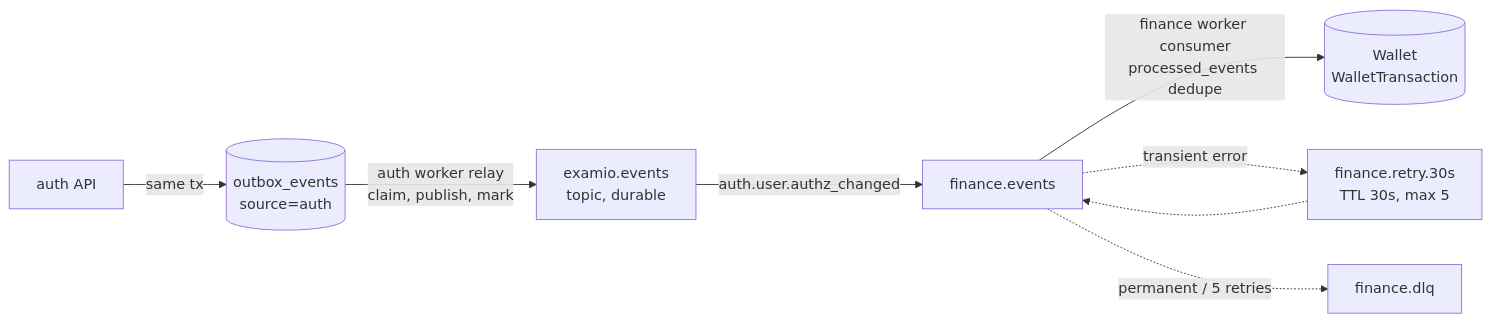
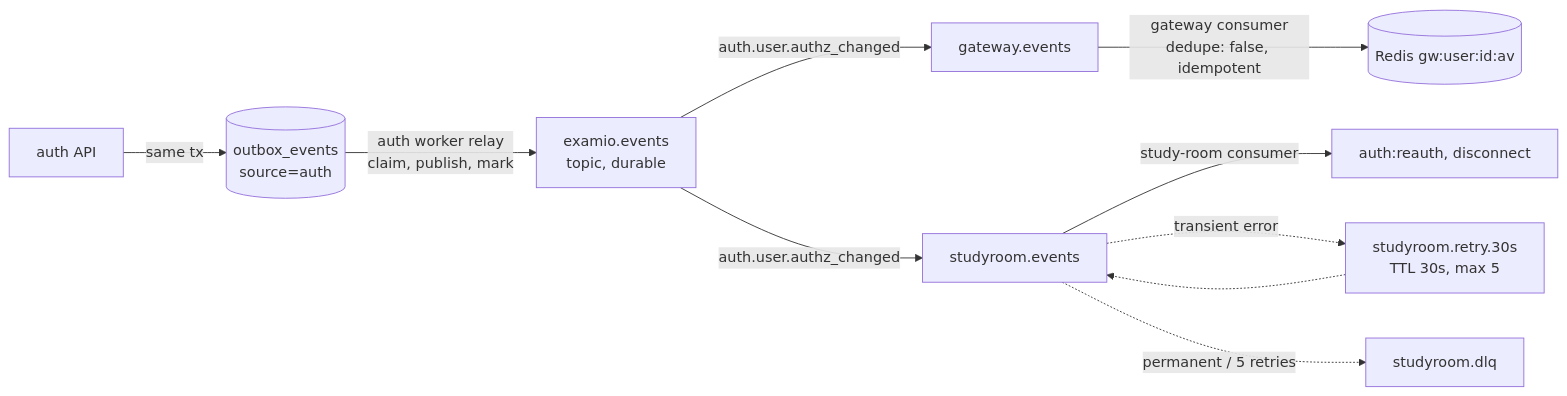
Before and after one commit to tgiap04/examio: the fourth of 9 diagrams in docs/system/architecture.md, drawn with Mermaid. The commit also changed other lines of this file and 48 other files, not shown here.

Commit message:
docs: drop finance from architecture, system and feature docs

````diff
--- a/docs/system/architecture.md
+++ b/docs/system/architecture.md
@@ -226,10 +213,12 @@
 ```mermaid
 graph LR
     AUTH[auth API] -->|same tx| OUTBOX[(outbox_events<br/>source=auth)]
     OUTBOX -->|auth worker relay<br/>claim, publish, mark| EXCHANGE[examio.events<br/>topic, durable]
-    EXCHANGE -->|auth.user.authz_changed| FQ[finance.events]
-    FQ -->|finance worker consumer<br/>processed_events dedupe| WALLET[(Wallet<br/>WalletTransaction)]
-    FQ -.->|transient error| RETRY[finance.retry.30s<br/>TTL 30s, max 5]
-    RETRY -.-> FQ
-    FQ -.->|permanent / 5 retries| DLQ[finance.dlq]
+    EXCHANGE -->|auth.user.authz_changed| GQ[gateway.events]
+    GQ -->|gateway consumer<br/>dedupe: false, idempotent| STATE[(Redis gw:user:id:av)]
+    EXCHANGE -->|auth.user.authz_changed| SQ[studyroom.events]
+    SQ -->|study-room consumer| SOCK[auth:reauth, disconnect]
+    SQ -.->|transient error| RETRY[studyroom.retry.30s<br/>TTL 30s, max 5]
+    RETRY -.-> SQ
+    SQ -.->|permanent / 5 retries| DLQ[studyroom.dlq]
 ```
````
